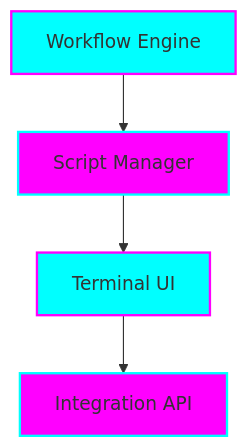
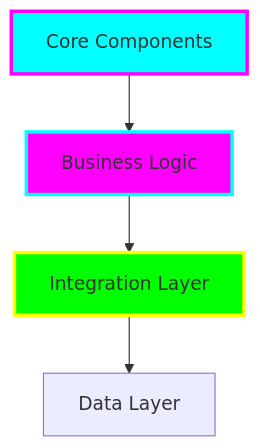
The diagram in README.md (tiation/tiation-terminal-workflows), drawn with Mermaid before and after one commit. The commit also changed other lines of this file, not shown here.

````diff
--- a/README.md
+++ b/README.md
@@ -49,11 +33,10 @@
 ```mermaid
 graph TB
-    A[Workflow Engine] --> B[Script Manager]
-    B --> C[Terminal UI]
-    C --> D[Integration API]
+    A[Core Components] --> B[Business Logic]
+    B --> C[Integration Layer]
+    C --> D[Data Layer]
     
-    style A fill:#00ffff,stroke:#ff00ff,stroke-width:2px
-    style B fill:#ff00ff,stroke:#00ffff,stroke-width:2px
-    style C fill:#00ffff,stroke:#ff00ff,stroke-width:2px
-    style D fill:#ff00ff,stroke:#00ffff,stroke-width:2px
+    style A fill:#00ffff,stroke:#ff00ff,stroke-width:3px
+    style B fill:#ff00ff,stroke:#00ffff,stroke-width:3px
+    style C fill:#00ff00,stroke:#ffff00,stroke-width:3px
 ```
````
